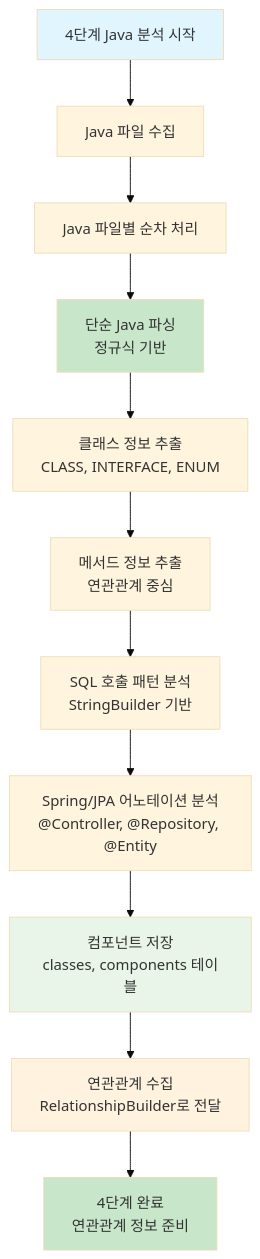
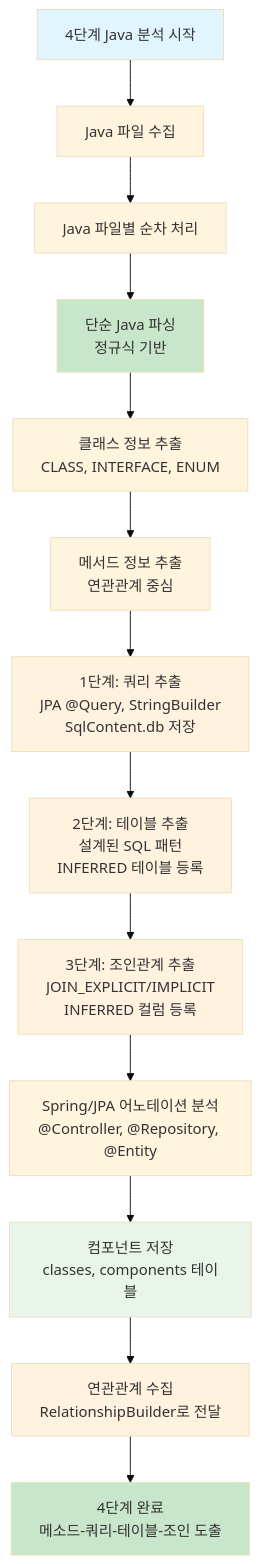
Before and after one commit to kumtaek/CreateMetaDb: the first of 3 diagrams in docs/07_4단계_Java_분석_구현서.md, drawn with Mermaid (base theme). The commit also changed other lines of this file and 54 other files, not shown here.

````diff
--- a/docs/07_4단계_Java_분석_구현서.md
+++ b/docs/07_4단계_Java_분석_구현서.md
@@ -22,19 +49,24 @@
 ```mermaid
 flowchart TD
     A[4단계 Java 분석 시작] --> B[Java 파일 수집]
     B --> C[Java 파일별 순차 처리]
     C --> D["단순 Java 파싱<br/>정규식 기반"]
     D --> E["클래스 정보 추출<br/>CLASS, INTERFACE, ENUM"]
     E --> F["메서드 정보 추출<br/>연관관계 중심"]
-    F --> G["SQL 호출 패턴 분석<br/>StringBuilder 기반"]
-    G --> H["Spring/JPA 어노테이션 분석<br/>@Controller, @Repository, @Entity"]
+    F --> G1["1단계: 쿼리 추출<br/>JPA @Query, StringBuilder<br/>SqlContent.db 저장"]
+    G1 --> G2["2단계: 테이블 추출<br/>설계된 SQL 패턴<br/>INFERRED 테이블 등록"]
+    G2 --> G3["3단계: 조인관계 추출<br/>JOIN_EXPLICIT/IMPLICIT<br/>INFERRED 컬럼 등록"]
+    G3 --> H["Spring/JPA 어노테이션 분석<br/>@Controller, @Repository, @Entity"]
     H --> I["컴포넌트 저장<br/>classes, components 테이블"]
     I --> J["연관관계 수집<br/>RelationshipBuilder로 전달"]
-    J --> K["4단계 완료<br/>연관관계 정보 준비"]
+    J --> K["4단계 완료<br/>메소드-쿼리-테이블-조인 도출"]
     
     style A fill:#e1f5fe
     style K fill:#c8e6c9
     style D fill:#c8e6c9
+    style G1 fill:#fff3e0
+    style G2 fill:#fff3e0
+    style G3 fill:#fff3e0
     style I fill:#e8f5e8
     style J fill:#fff3e0
 ```
````
